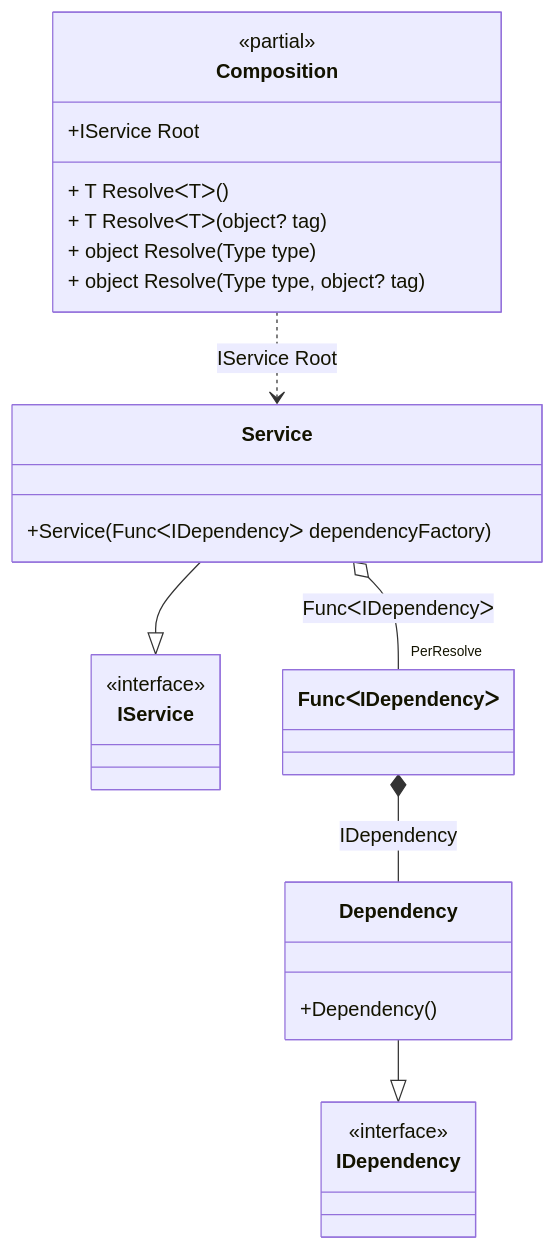
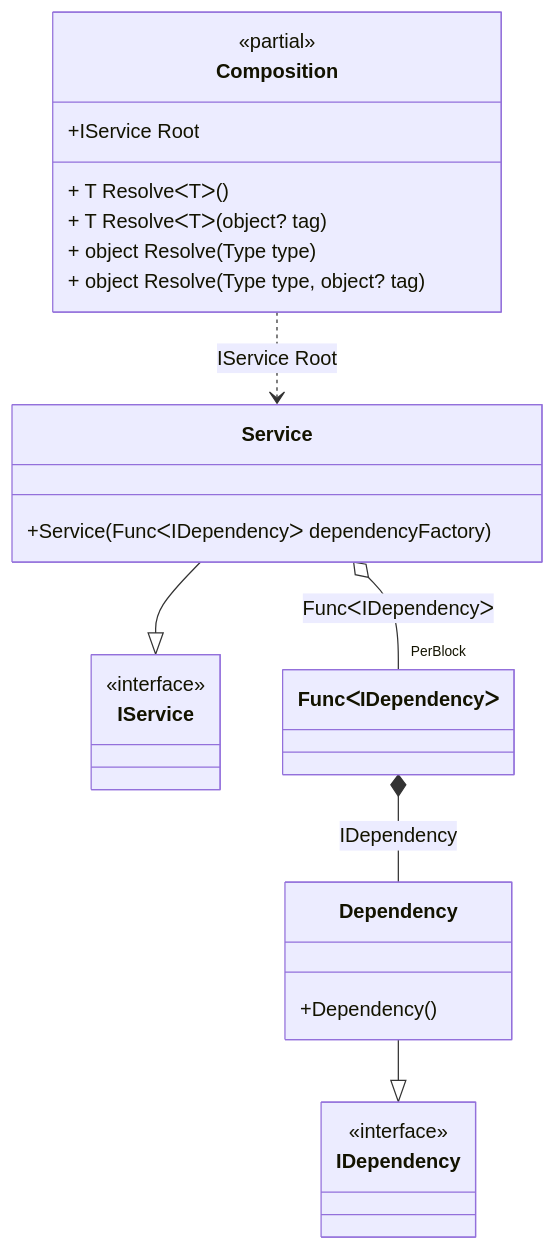
One commit to DevTeam/Pure.DI changed the diagram in readme/func.md. Above: the diagram before and after it, drawn with Mermaid. The commit also changed other lines of this file and 33 other files, not shown here.

````diff
--- a/readme/func.md
+++ b/readme/func.md
@@ -206,29 +193,29 @@
 ```mermaid
 classDiagram
 	class Composition {
 		<<partial>>
 		+IService Root
 		+ T ResolveᐸTᐳ()
 		+ T ResolveᐸTᐳ(object? tag)
 		+ object Resolve(Type type)
 		+ object Resolve(Type type, object? tag)
 	}
 	Dependency --|> IDependency
 	class Dependency {
 		+Dependency()
 	}
 	Service --|> IService
 	class Service {
 		+Service(FuncᐸIDependencyᐳ dependencyFactory)
 	}
 	class FuncᐸIDependencyᐳ
 	class IDependency {
 		<<interface>>
 	}
 	class IService {
 		<<interface>>
 	}
 	Composition ..> Service : IService Root
-	Service o-- "PerResolve" FuncᐸIDependencyᐳ : FuncᐸIDependencyᐳ
+	Service o-- "PerBlock" FuncᐸIDependencyᐳ : FuncᐸIDependencyᐳ
 	FuncᐸIDependencyᐳ *--  Dependency : IDependency
 ```
````
